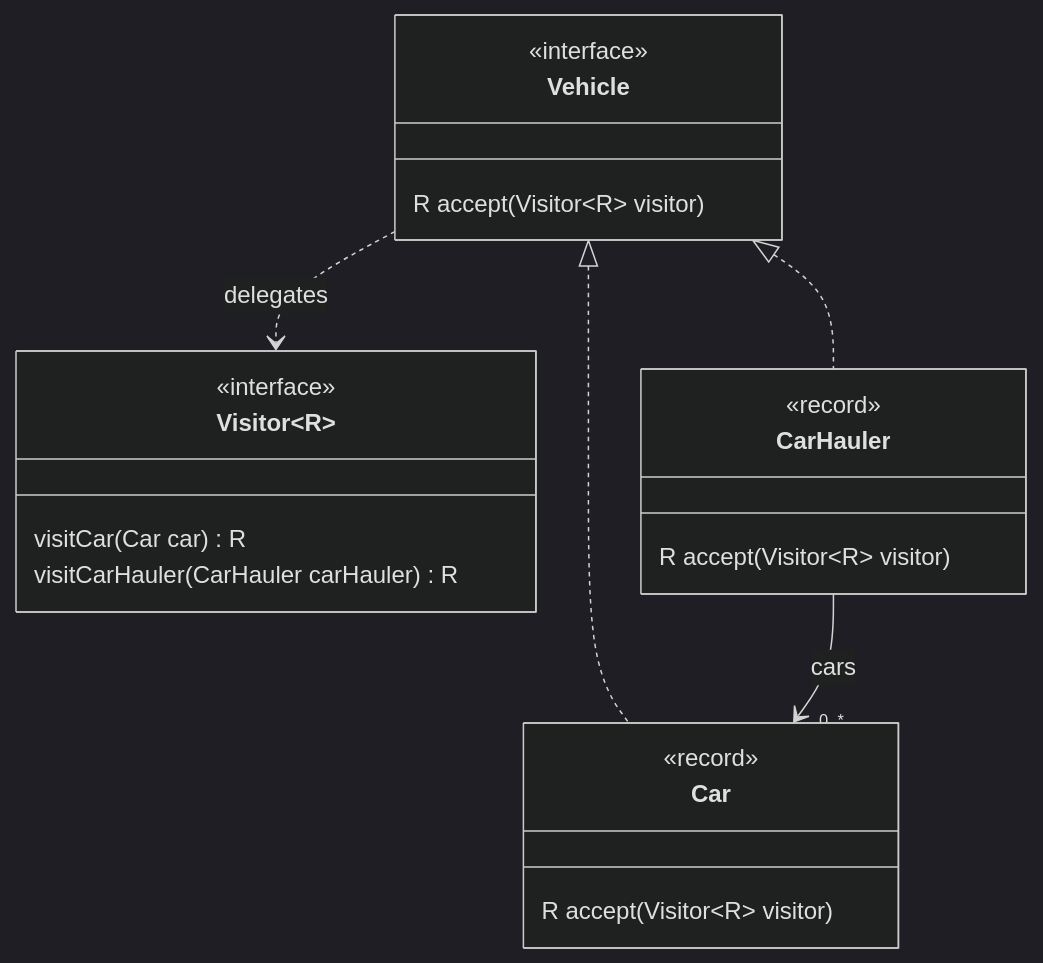
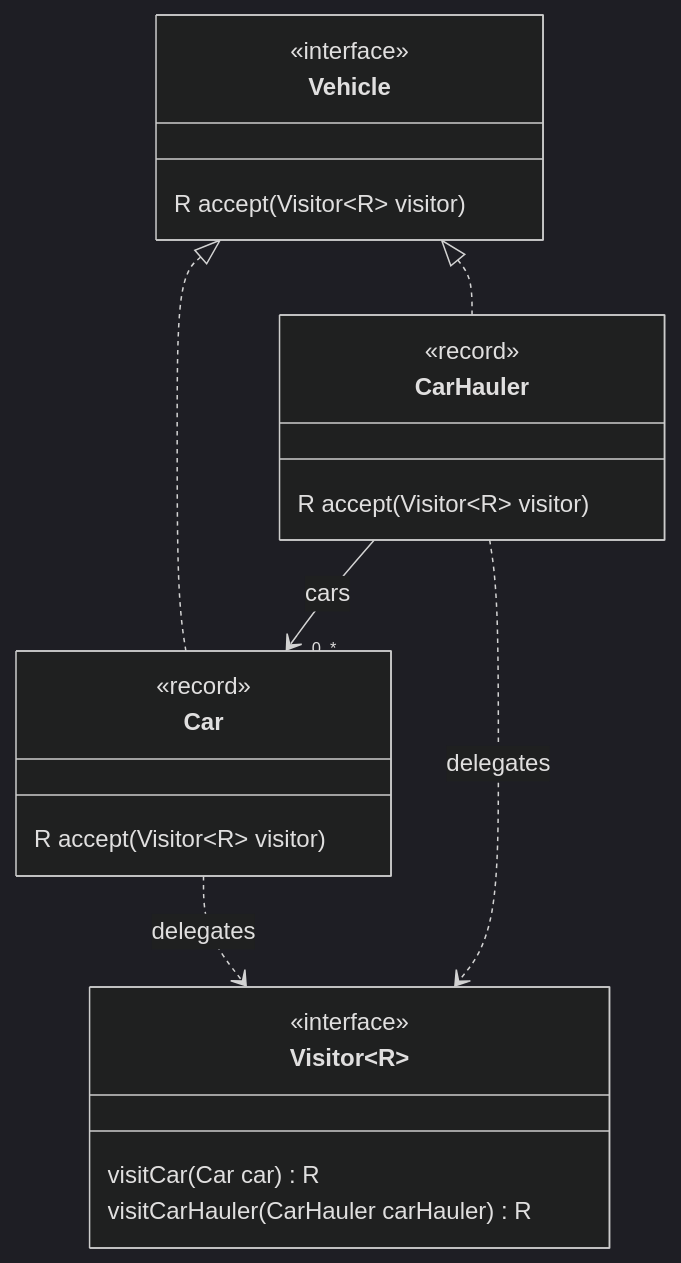
Before and after one commit to forax/design-pattern-reloaded: the second of 2 diagrams in src/main/java/visitor/README.md, drawn with Mermaid (dark theme).

Commit message:
move the dependency link to the implementations

````diff
--- a/src/main/java/visitor/README.md
+++ b/src/main/java/visitor/README.md
@@ -64,24 +64,25 @@
 ```mermaid
 classDiagram
 class Visitor~R~ {
   <<interface>>
   visitCar(Car car) R
   visitCarHauler(CarHauler carHauler) R
 }
 class Vehicle {
   <<interface>>
   R accept(Visitor~R~ visitor)
 }
 class Car {
  <<record>>
  R accept(Visitor~R~ visitor)
 }
 class CarHauler {
   <<record>>
   R accept(Visitor~R~ visitor)
 }
 Vehicle <|.. Car
 Vehicle <|.. CarHauler
 CarHauler --> "0..*" Car : cars
-Vehicle ..> Visitor: delegates
+Car ..> Visitor: delegates
+CarHauler ..> Visitor: delegates
 ```
````
